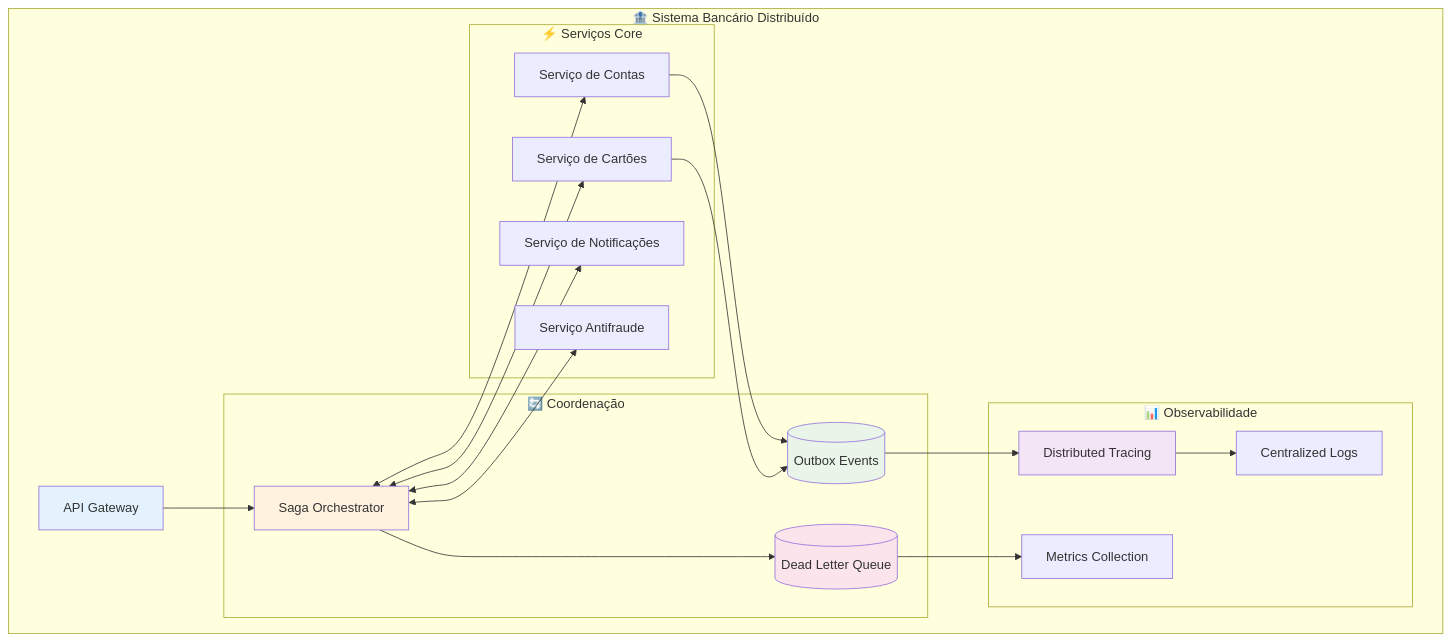
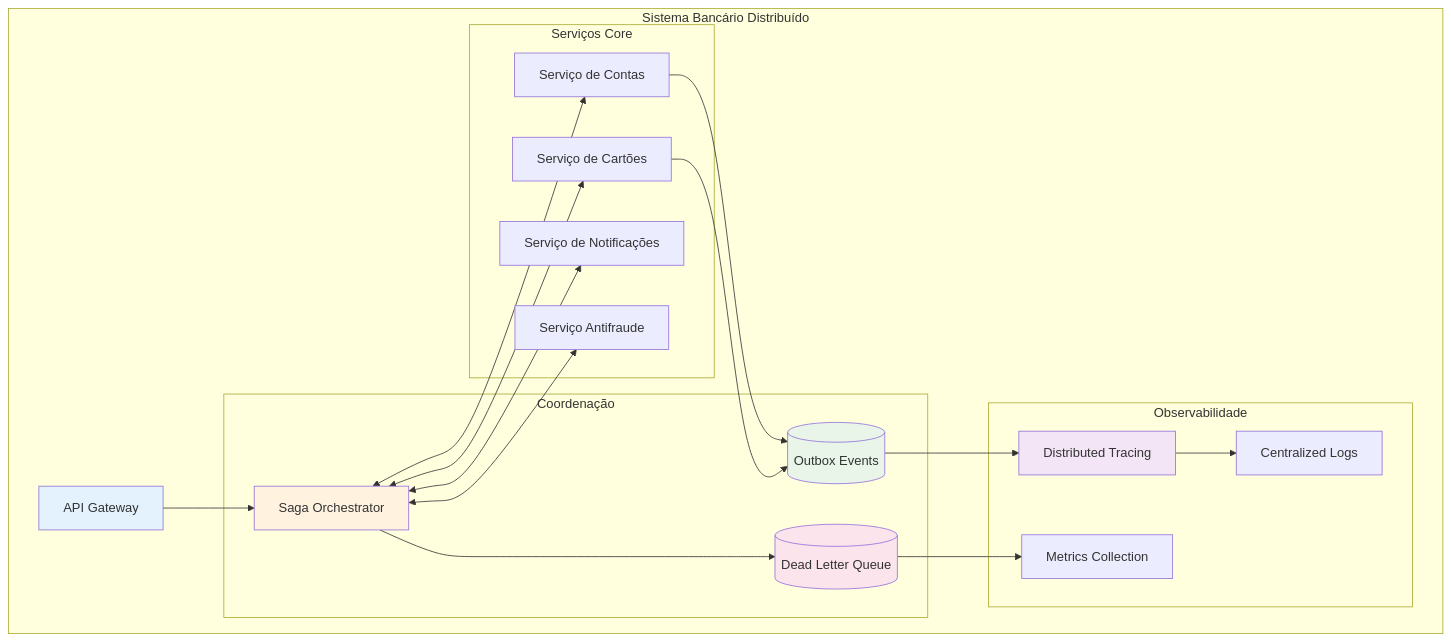
One commit to rafaelsdiasdev/rafaelsdias.dev changed the first of 3 diagrams in src/content/blog/consistencia-observabilidade-sistemas-distribuidos.md. Above: the diagram before and after it, drawn with Mermaid. The commit also changed other lines of this file and 5 other files, not shown here.

````diff
--- a/src/content/blog/consistencia-observabilidade-sistemas-distribuidos.md
+++ b/src/content/blog/consistencia-observabilidade-sistemas-distribuidos.md
@@ -84,45 +84,45 @@
 ```mermaid
 flowchart TB
-    subgraph "🏦 Sistema Bancário Distribuído"
+    subgraph "Sistema Bancário Distribuído"
         API[API Gateway]
         
-        subgraph "⚡ Serviços Core"
+        subgraph "Serviços Core"
             CONTA[Serviço de Contas]
             CARTAO[Serviço de Cartões]
             NOTIF[Serviço de Notificações]
             FRAUD[Serviço Antifraude]
         end
         
-        subgraph "🔄 Coordenação"
+        subgraph "Coordenação"
             SAGA[Saga Orchestrator]
             OUTBOX[(Outbox Events)]
             DLQ[(Dead Letter Queue)]
         end
         
-        subgraph "📊 Observabilidade"
+        subgraph "Observabilidade"
             TRACE[Distributed Tracing]
             METRICS[Metrics Collection]
             LOGS[Centralized Logs]
         end
     end
     
     API --> SAGA
     SAGA <--> CONTA
     SAGA <--> CARTAO
     SAGA <--> NOTIF
     SAGA <--> FRAUD
     
     CONTA --> OUTBOX
     CARTAO --> OUTBOX
     OUTBOX --> TRACE
     
     SAGA --> DLQ
     DLQ --> METRICS
     TRACE --> LOGS
     
     style API fill:#e3f2fd
     style SAGA fill:#fff3e0
     style OUTBOX fill:#e8f5e8
     style DLQ fill:#fce4ec
     style TRACE fill:#f3e5f5
 ```
````
